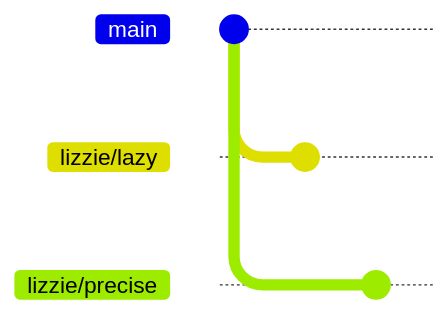
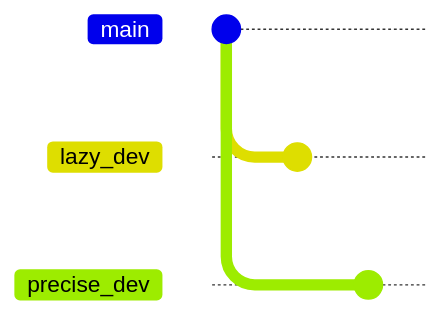
One commit to lizsalmon/iCSC-Git-talk changed diagram 13 of 17 in slides.md. Above: the diagram before and after it, drawn with Mermaid. The commit also changed other lines of this file, not shown here. Commit ids are hidden.

````diff
--- a/slides.md
+++ b/slides.md
@@ -924,11 +781,11 @@
 ```mermaid
 gitGraph
   commit
-  branch lizzie/lazy
-  branch lizzie/precise
-  checkout lizzie/lazy
+  branch lazy_dev
+  branch precise_dev
+  checkout lazy_dev
   commit
-  checkout lizzie/precise
+  checkout precise_dev
   commit
 
 ```
````
